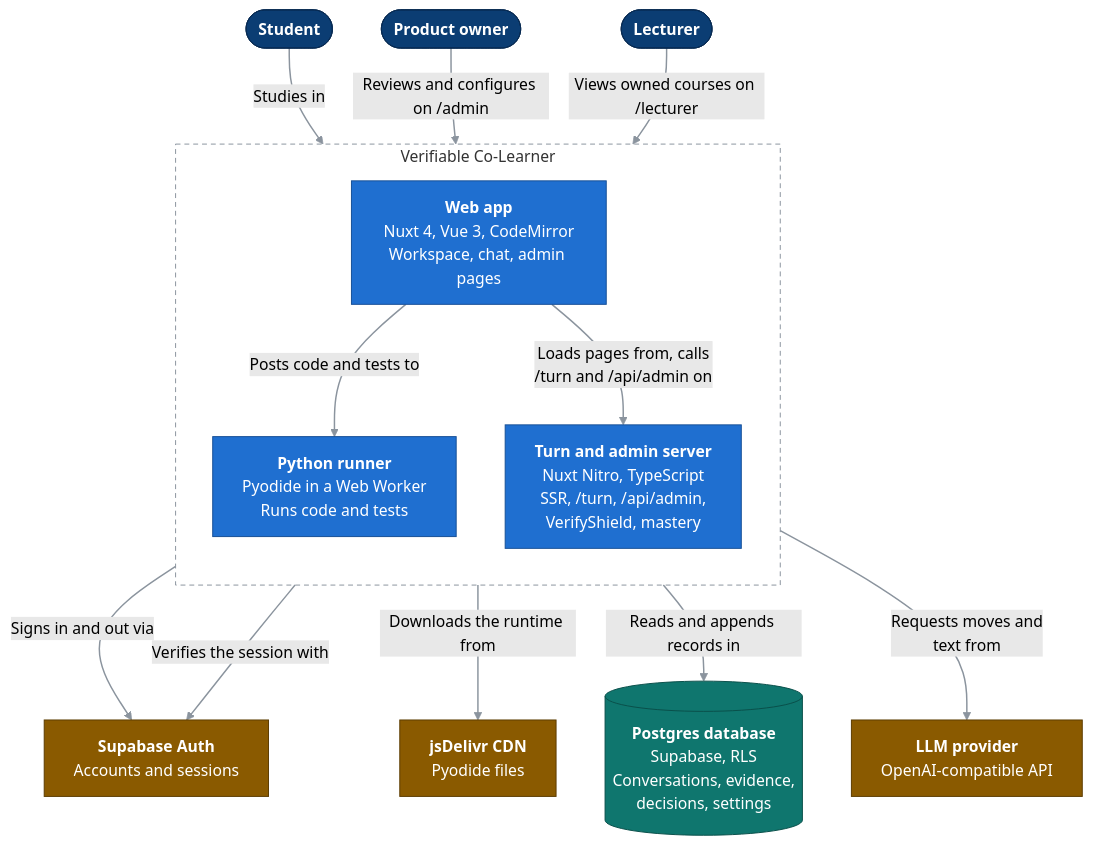
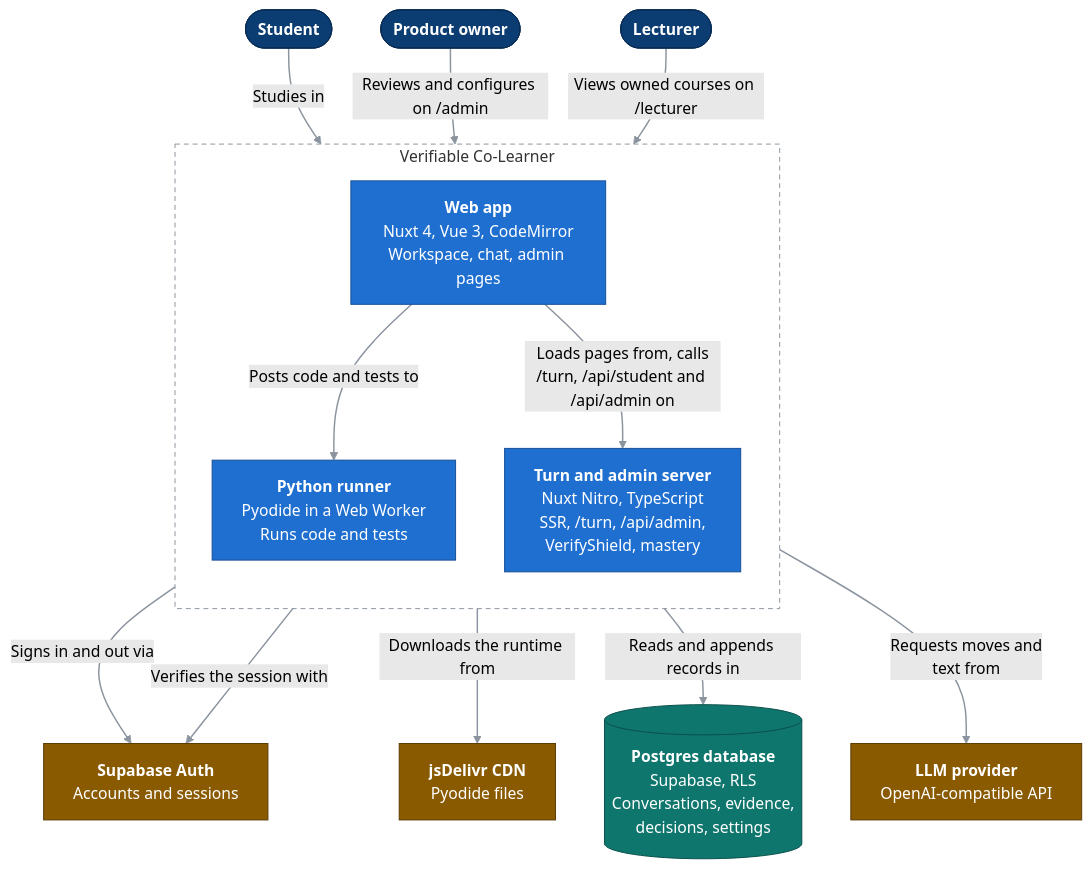
One commit to Bill2926/COS40005_HN9_Verifiable_Co-Learner_Agent changed the diagram in docs/c4/02-containers.md. Above: the diagram before and after it, drawn with Mermaid (forest theme). The commit also changed other lines of this file and 18 other files, not shown here.

First line of the commit message:
Record each student action once, and keep that log on the server.

````diff
--- a/docs/c4/02-containers.md
+++ b/docs/c4/02-containers.md
@@ -10,37 +10,37 @@
 ```mermaid
 flowchart TB
   classDef person fill:#0b3d73,stroke:#082b52,color:#ffffff
   classDef comp fill:#1f6fd0,stroke:#164f96,color:#ffffff
   classDef ext fill:#8a5a00,stroke:#5c3c00,color:#ffffff
   classDef db fill:#0f766e,stroke:#0a4f4a,color:#ffffff
   linkStyle default stroke:#8b949e,stroke-width:1.5px
 
   student(["<b>Student</b>"]):::person
   owner(["<b>Product owner</b>"]):::person
   lecturer(["<b>Lecturer</b>"]):::person
 
   subgraph sys["Verifiable Co-Learner"]
     direction TB
     spa["<b>Web app</b><br/>Nuxt 4, Vue 3, CodeMirror<br/>Workspace, chat, admin pages"]:::comp
     pyodide["<b>Python runner</b><br/>Pyodide in a Web Worker<br/>Runs code and tests"]:::comp
     server["<b>Turn and admin server</b><br/>Nuxt Nitro, TypeScript<br/>SSR, /turn, /api/admin,<br/>VerifyShield, mastery"]:::comp
   end
 
   auth["<b>Supabase Auth</b><br/>Accounts and sessions"]:::ext
   db[("<b>Postgres database</b><br/>Supabase, RLS<br/>Conversations, evidence,<br/>decisions, settings")]:::db
   llm["<b>LLM provider</b><br/>OpenAI-compatible API"]:::ext
   cdn["<b>jsDelivr CDN</b><br/>Pyodide files"]:::ext
 
   student -->|"Studies in"| spa
   owner -->|"Reviews and configures on /admin"| spa
   lecturer -->|"Views owned courses on /lecturer"| spa
   spa -->|"Posts code and tests to"| pyodide
-  spa -->|"Loads pages from, calls<br/>/turn and /api/admin on"| server
+  spa -->|"Loads pages from, calls<br/>/turn, /api/student and /api/admin on"| server
   spa -->|"Signs in and out via"| auth
   pyodide -->|"Downloads the runtime from"| cdn
   server -->|"Verifies the session with"| auth
   server -->|"Reads and appends records in"| db
   server -->|"Requests moves and<br/>text from"| llm
 
   style sys fill:none,stroke:#8b949e,stroke-dasharray:5 4
 ```
````
